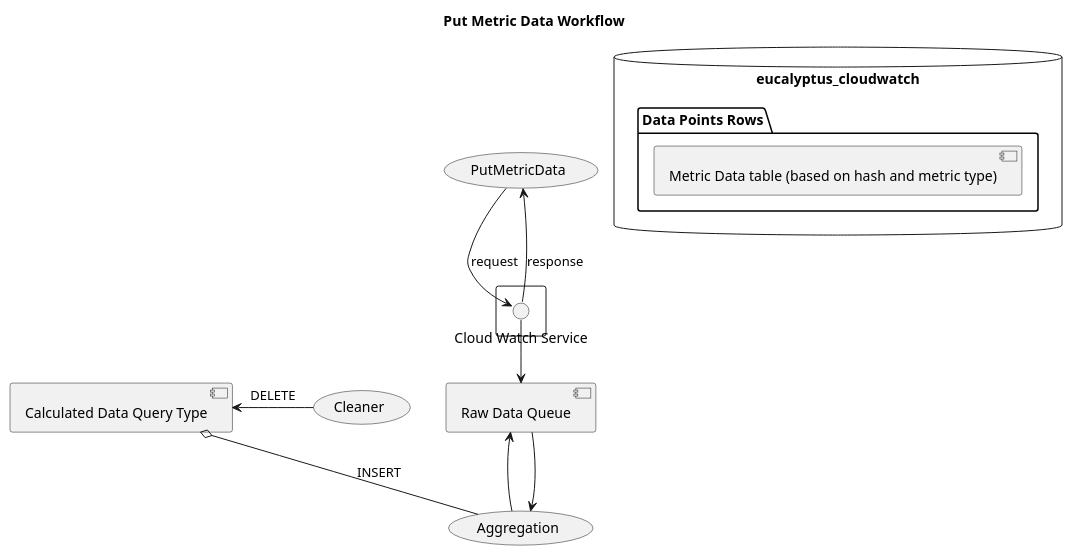
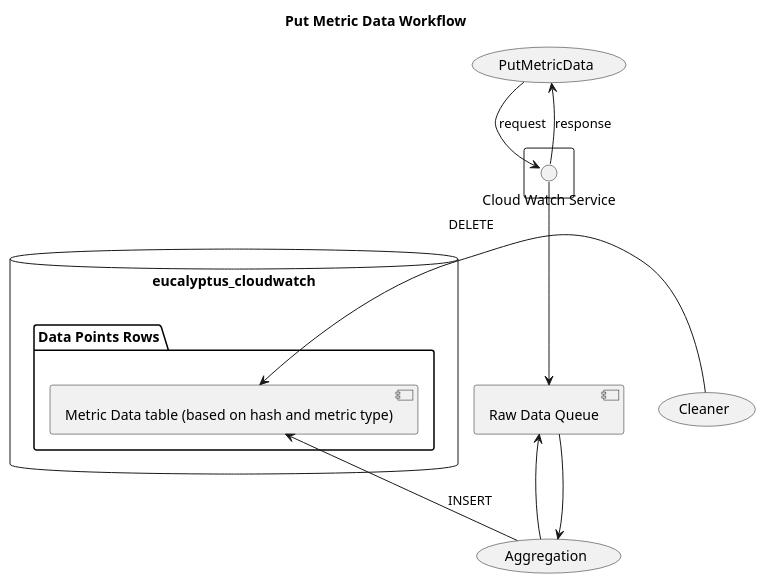
One commit to eucalyptus/architecture changed the diagram in features/cloudwatch/3.3/put-metric-data-workflow.puml. Above: the diagram before and after it, drawn with PlantUML.

```diff
--- a/features/cloudwatch/3.3/put-metric-data-workflow.puml
+++ b/features/cloudwatch/3.3/put-metric-data-workflow.puml
@@ -1,20 +1,20 @@
 @startuml
 
 title Put Metric Data Workflow
 
 rectangle {
     ()"Cloud Watch Service"
 }
 () "Cloud Watch Service" --> (PutMetricData): response
 (PutMetricData) -down-> ()"Cloud Watch Service" : request
 () "Cloud Watch Service" -down-> [Raw Data Queue]
 [Raw Data Queue] --> (Aggregation)
 [Raw Data Queue] <-right- (Aggregation)
 database "eucalyptus_cloudwatch" {
 folder "Data Points Rows" {
     [Metric Data table (based on hash and metric type)]
   }
 }
-[Calculated Data Query Type] o-- (Aggregation) : INSERT
-(Cleaner) --left-> [Calculated Data Query Type] : DELETE
+[Metric Data table (based on hash and metric type)] <-- (Aggregation) : INSERT
+(Cleaner) --left-> [Metric Data table (based on hash and metric type)] : DELETE
 @enduml
```
